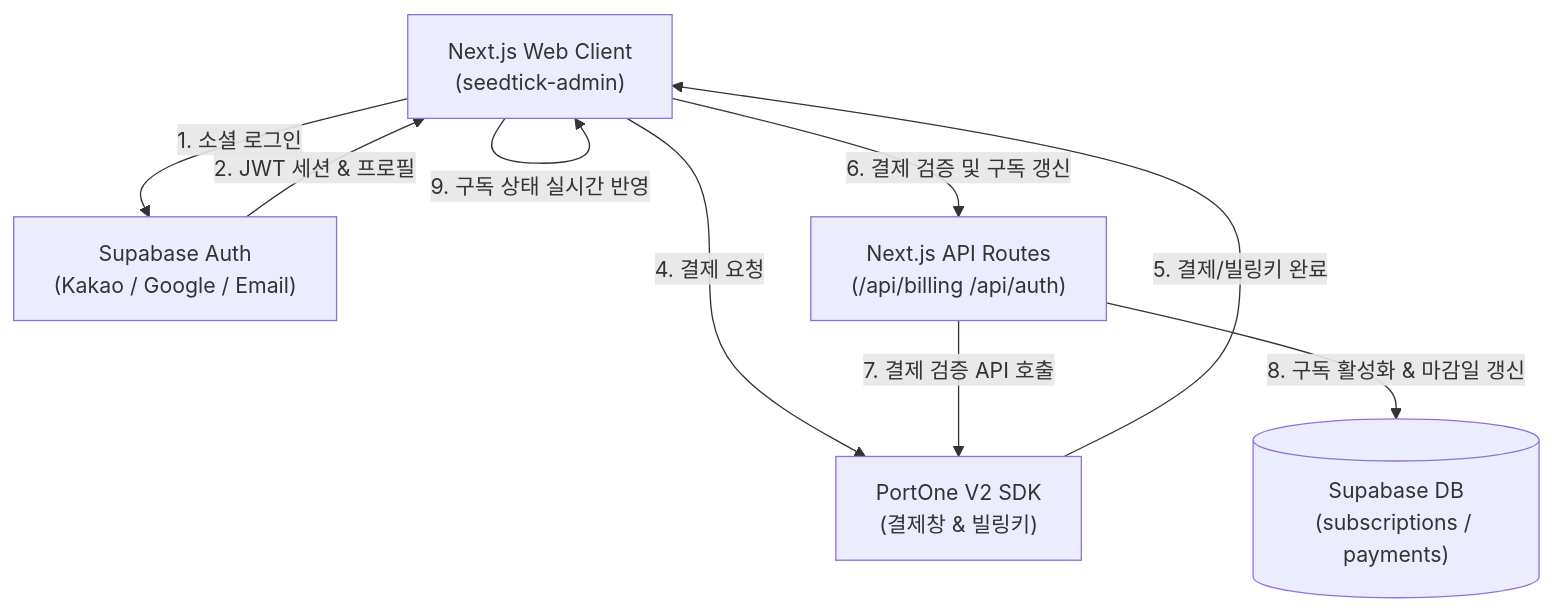
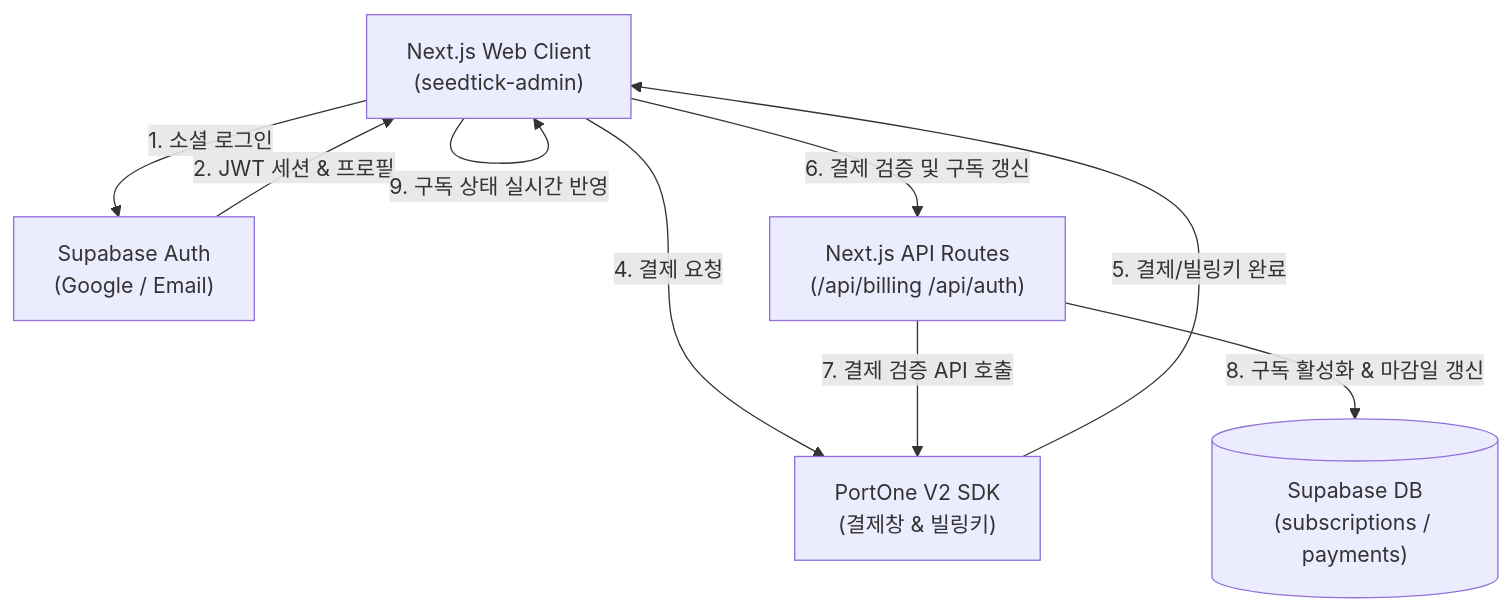
Before and after one commit to inpiniti/seedtick: the first of 2 diagrams in docs/domain/subscription/architecture.md, drawn with Mermaid. The commit also changed 8 other files, not shown here.

````diff
--- a/docs/domain/subscription/architecture.md
+++ b/docs/domain/subscription/architecture.md
@@ -5,18 +5,18 @@
 ```mermaid
 graph TD
     Client["Next.js Web Client<br/>(seedtick-admin)"]
-    SupabaseAuth["Supabase Auth<br/>(Kakao / Google / Email)"]
+    SupabaseAuth["Supabase Auth<br/>(Google / Email)"]
     PortOne["PortOne V2 SDK<br/>(결제창 & 빌링키)"]
     SupabaseDB[("Supabase DB<br/>(subscriptions / payments)")]
     NextApi["Next.js API Routes<br/>(/api/billing /api/auth)"]
 
     Client -->|1. 소셜 로그인| SupabaseAuth
     SupabaseAuth -->|2. JWT 세션 & 프로필| Client
     Client -->|3. 최근 30일 리포트 가드| Client
     Client -->|4. 결제 요청| PortOne
     PortOne -->|5. 결제/빌링키 완료| Client
     Client -->|6. 결제 검증 및 구독 갱신| NextApi
     NextApi -->|7. 결제 검증 API 호출| PortOne
     NextApi -->|8. 구독 활성화 & 마감일 갱신| SupabaseDB
     Client -->|9. 구독 상태 실시간 반영| Client
 ```
````
